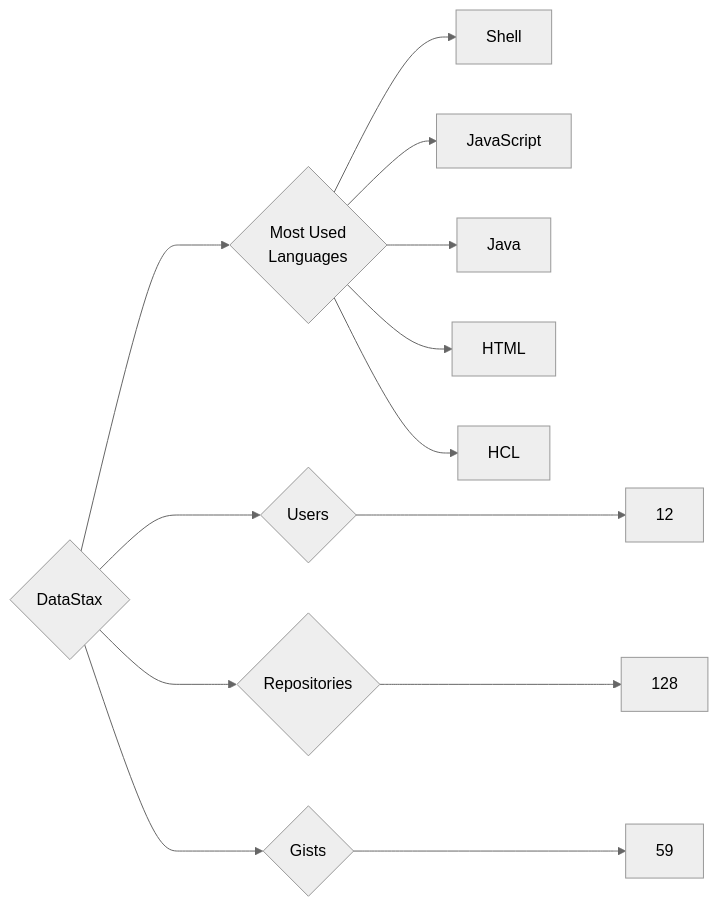
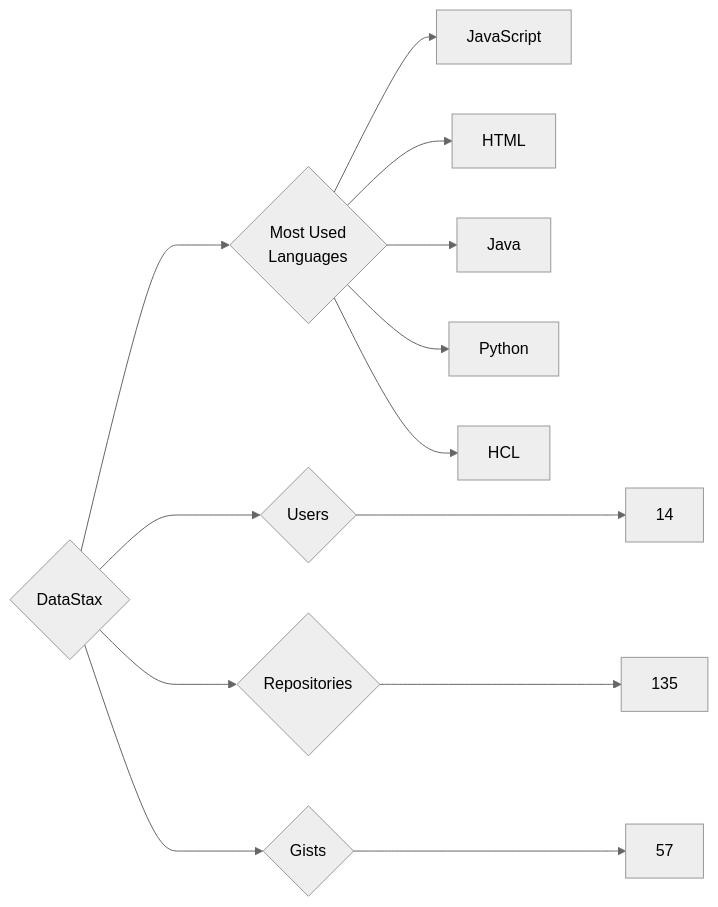
Before and after one commit to trickest/insiders: the diagram in targets/DataStax/README.md, drawn with Mermaid (neutral theme). The commit also changed 1148 other files, not shown here.

````diff
--- a/targets/DataStax/README.md
+++ b/targets/DataStax/README.md
@@ -3,13 +3,13 @@
 ```mermaid
 graph LR
 COMPANY_NAME{DataStax}
-COMPANY_NAME ---> U{Users} ---> UN[12]
-COMPANY_NAME ---> R{Repositories} ---> RN[128]
-COMPANY_NAME ---> G{Gists} ---> GN[59]
+COMPANY_NAME ---> U{Users} ---> UN[14]
+COMPANY_NAME ---> R{Repositories} ---> RN[135]
+COMPANY_NAME ---> G{Gists} ---> GN[57]
 COMPANY_NAME ---> ML{Most Used<br>Languages}
-ML --> Shell[Shell]
 ML --> JavaScript[JavaScript]
+ML --> HTML[HTML]
 ML --> Java[Java]
-ML --> HTML[HTML]
+ML --> Python[Python]
 ML --> HCL[HCL]
 ```
````
